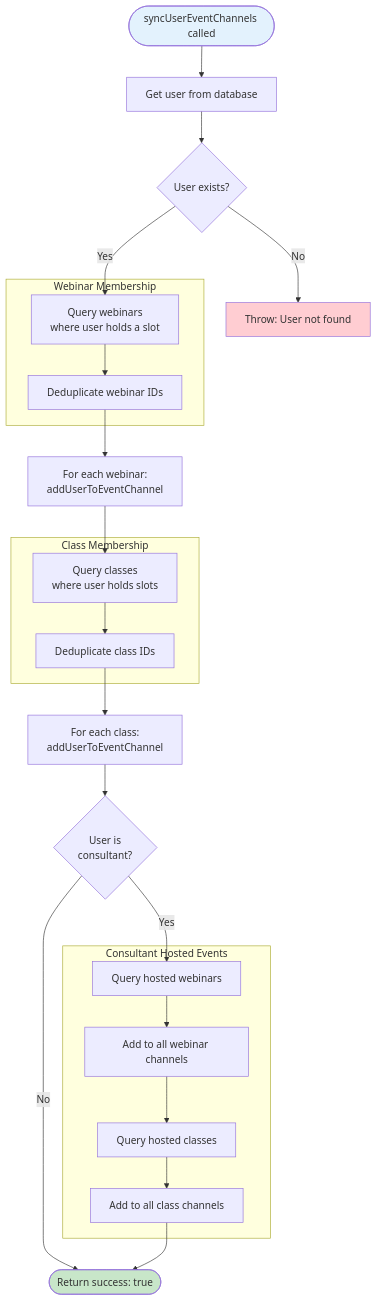
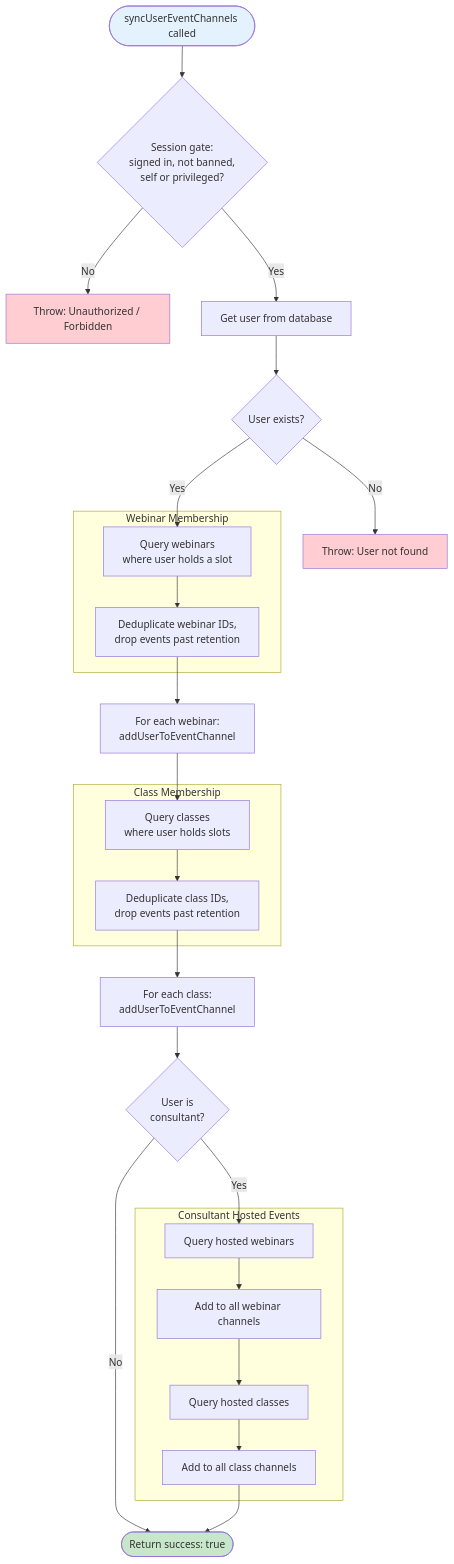
Before and after one commit to Practitionist/familiarise_web: the second of 2 diagrams in docs/stream/06-channel-management.md, drawn with Mermaid. The commit also changed other lines of this file and 1 other file, not shown here.

````diff
--- a/docs/stream/06-channel-management.md
+++ b/docs/stream/06-channel-management.md
@@ -335,52 +362,55 @@
 ```mermaid
 flowchart TB
     Start([syncUserEventChannels called])
-    Start --> GetUser[Get user from database]
+    Start --> AuthGate{"Session gate:<br/>signed in, not banned,<br/>self or privileged?"}
+    AuthGate -->|No| Error0[Throw: Unauthorized / Forbidden]
+    AuthGate -->|Yes| GetUser[Get user from database]
 
     GetUser --> CheckUser{User exists?}
     CheckUser -->|No| Error1[Throw: User not found]
     CheckUser -->|Yes| GetWebinarsAppts
 
     subgraph "Webinar Membership"
         GetWebinarsAppts[Query webinars<br/>where user holds a slot]
-        DedupeWebinars[Deduplicate webinar IDs]
+        DedupeWebinars[Deduplicate webinar IDs,<br/>drop events past retention]
 
         GetWebinarsAppts --> DedupeWebinars
     end
 
     DedupeWebinars --> AddToWebinars[For each webinar:<br/>addUserToEventChannel]
 
     subgraph "Class Membership"
         GetClassesAppts[Query classes<br/>where user holds slots]
-        DedupeClasses[Deduplicate class IDs]
+        DedupeClasses[Deduplicate class IDs,<br/>drop events past retention]
 
         GetClassesAppts --> DedupeClasses
     end
 
     AddToWebinars --> GetClassesAppts
     DedupeClasses --> AddToClasses[For each class:<br/>addUserToEventChannel]
 
     AddToClasses --> IsConsultant{User is<br/>consultant?}
 
     IsConsultant -->|No| Success
     IsConsultant -->|Yes| GetHostedWebinars
 
     subgraph "Consultant Hosted Events"
         GetHostedWebinars[Query hosted webinars]
         GetHostedClasses[Query hosted classes]
         AddConsultantToWebinars[Add to all webinar channels]
         AddConsultantToClasses[Add to all class channels]
 
         GetHostedWebinars --> AddConsultantToWebinars
         GetHostedClasses --> AddConsultantToClasses
     end
 
     AddConsultantToWebinars --> GetHostedClasses
     AddConsultantToClasses --> Success
 
     Success([Return success: true])
 
     style Start fill:#e3f2fd
     style Success fill:#c8e6c9
+    style Error0 fill:#ffcdd2
     style Error1 fill:#ffcdd2
 ```
````
